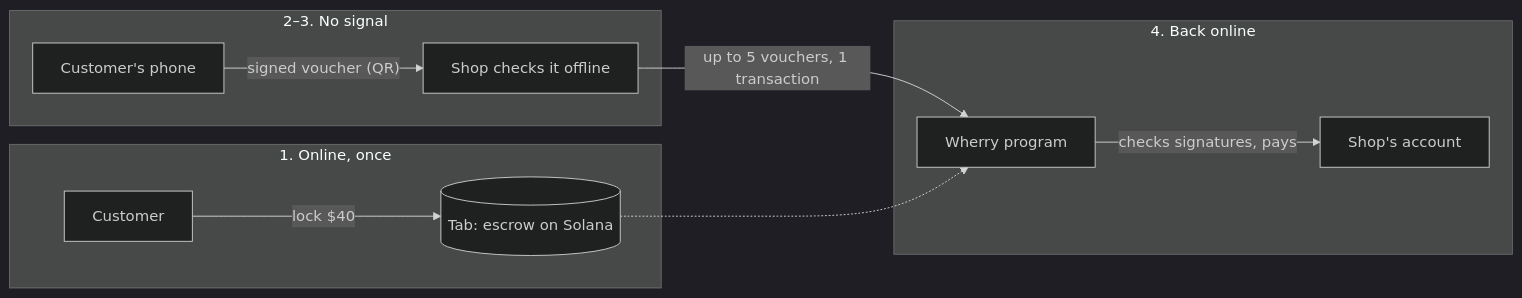
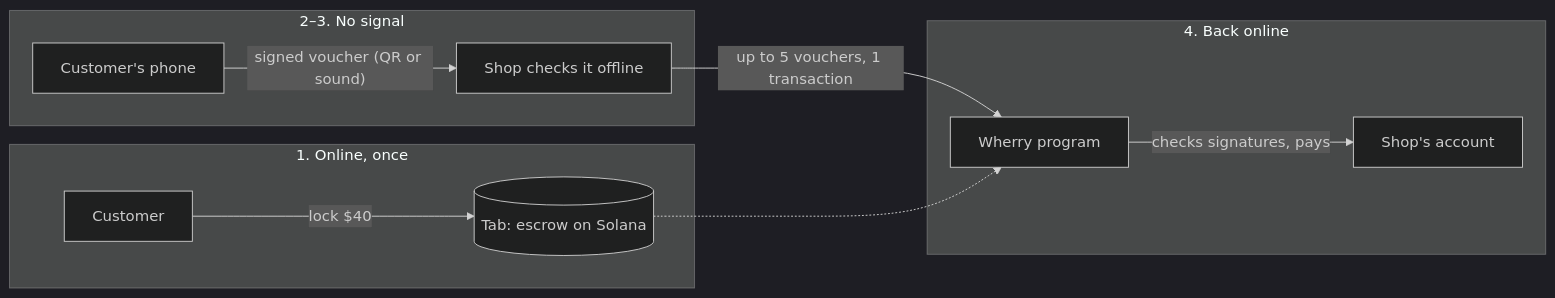
Before and after one commit to Hotragn/wherry: the first of 2 diagrams in README.md, drawn with Mermaid (dark theme). The commit also changed other lines of this file and 3 other files, not shown here.

````diff
--- a/README.md
+++ b/README.md
@@ -136,14 +93,14 @@
 ```mermaid
 flowchart LR
   subgraph online["1. Online, once"]
     O["Customer"] -- "lock $40" --> T[("Tab: escrow on Solana")]
   end
   subgraph offline["2–3. No signal"]
-    P["Customer's phone"] -- "signed voucher (QR)" --> S["Shop checks it offline"]
+    P["Customer's phone"] -- "signed voucher (QR or sound)" --> S["Shop checks it offline"]
   end
   subgraph back["4. Back online"]
     S -- "up to 5 vouchers, 1 transaction" --> W["Wherry program"]
     W -- "checks signatures, pays" --> M["Shop's account"]
     T -.-> W
   end
 ```
````
